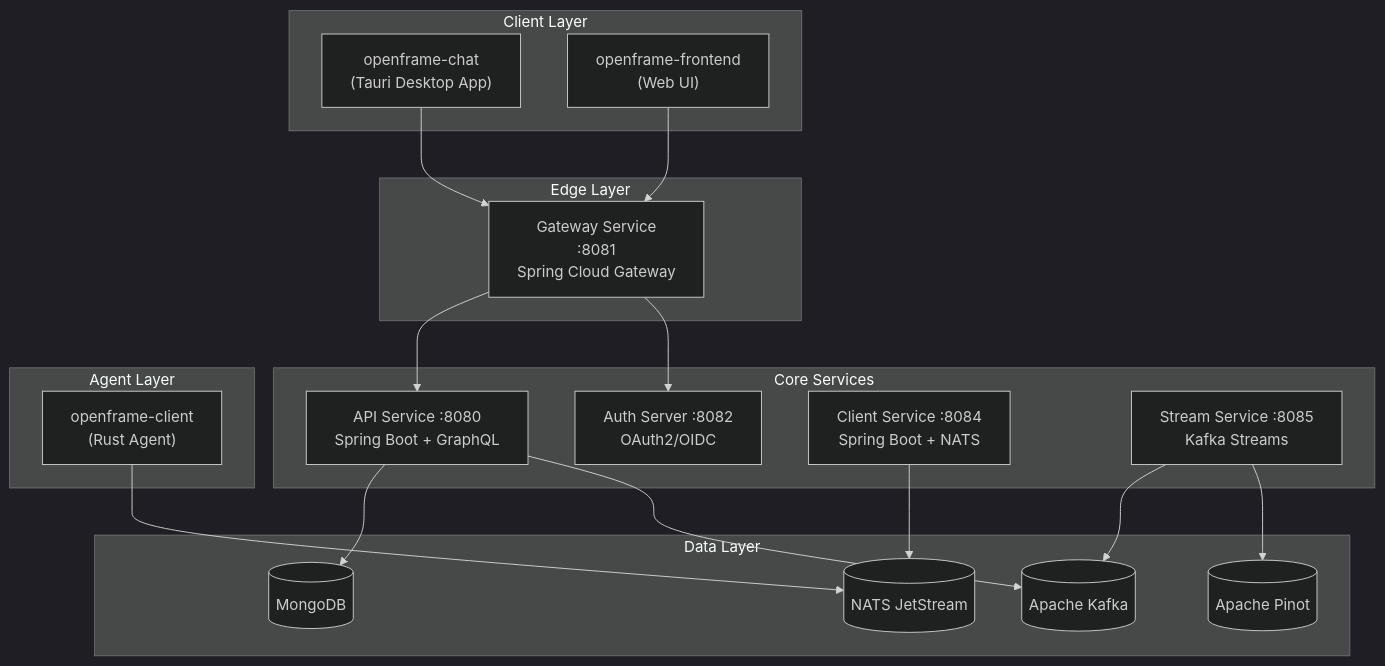
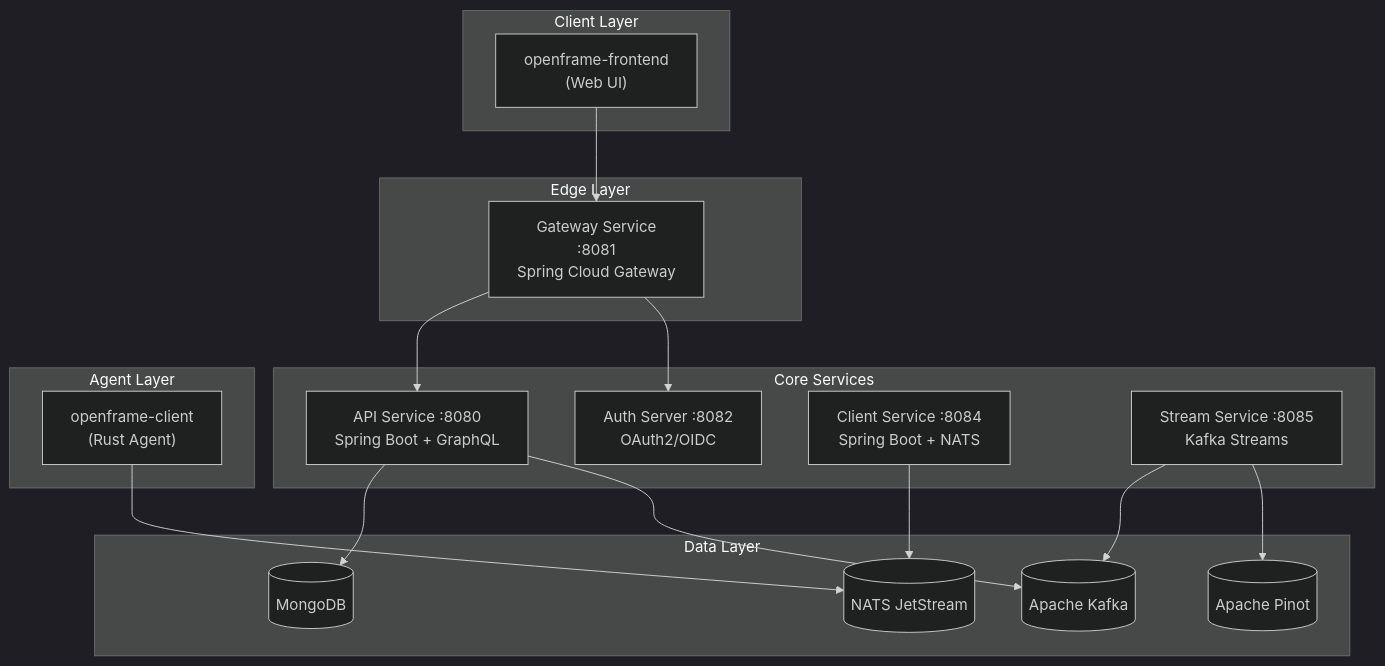
One commit to flamingo-stack/openframe-oss-tenant changed the diagram in docs/getting-started/introduction.md. Above: the diagram before and after it, drawn with Mermaid (dark theme). The commit also changed other lines of this file and 222 other files, not shown here.

Commit message:
Remove openframe-chat entirely — moved to openframe-saas-tenant (#2294)

````diff
--- a/docs/getting-started/introduction.md
+++ b/docs/getting-started/introduction.md
@@ -49,40 +48,38 @@
 ```mermaid
 graph TB
     subgraph Clients["Client Layer"]
-        ChatApp["openframe-chat\n(Tauri Desktop App)"]
         FrontendUI["openframe-frontend\n(Web UI)"]
     end
 
     subgraph Gateway["Edge Layer"]
         GW["Gateway Service\n:8081\nSpring Cloud Gateway"]
     end
 
     subgraph CoreServices["Core Services"]
         API["API Service :8080\nSpring Boot + GraphQL"]
         AuthServer["Auth Server :8082\nOAuth2/OIDC"]
         ClientSvc["Client Service :8084\nSpring Boot + NATS"]
         StreamSvc["Stream Service :8085\nKafka Streams"]
     end
 
     subgraph AgentLayer["Agent Layer"]
         OFClient["openframe-client\n(Rust Agent)"]
     end
 
     subgraph DataLayer["Data Layer"]
         Mongo[("MongoDB")]
         NATS[("NATS JetStream")]
         Kafka[("Apache Kafka")]
         Pinot[("Apache Pinot")]
     end
 
-    ChatApp --> GW
     FrontendUI --> GW
     GW --> API
     GW --> AuthServer
     API --> Mongo
     API --> Kafka
     StreamSvc --> Kafka
     StreamSvc --> Pinot
     ClientSvc --> NATS
     OFClient --> NATS
 ```
````
